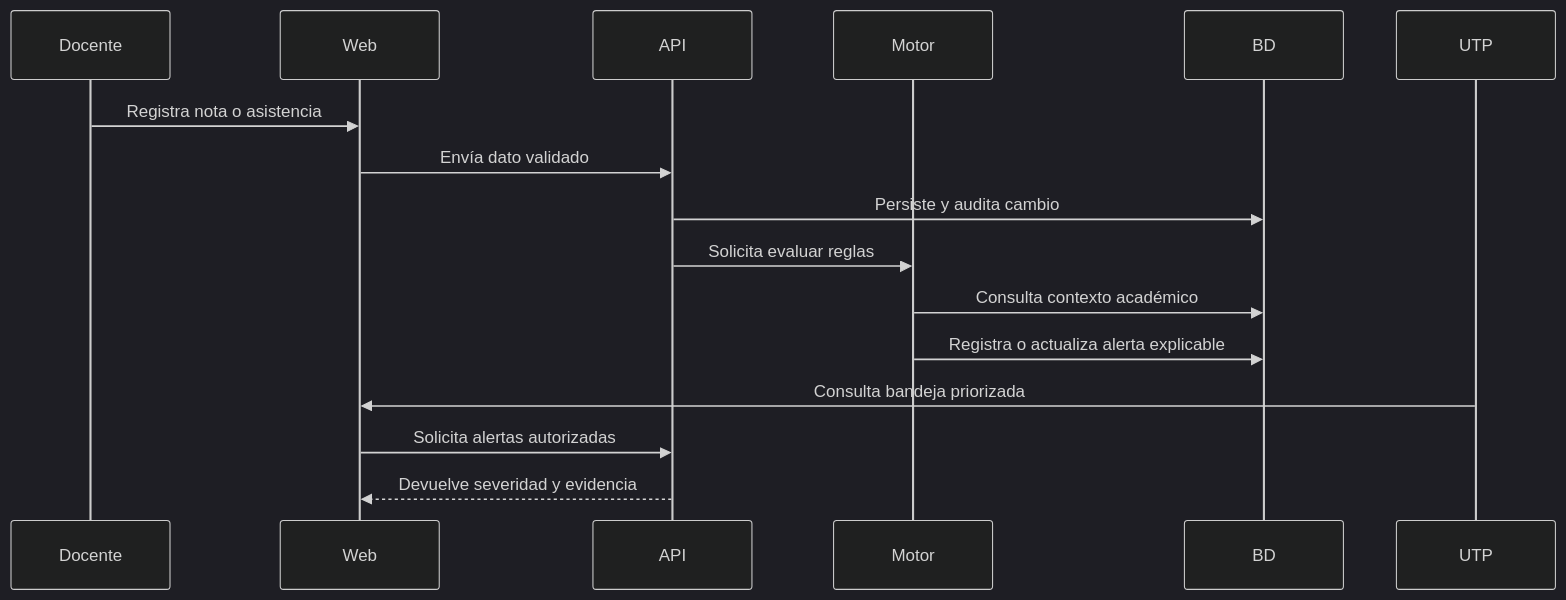
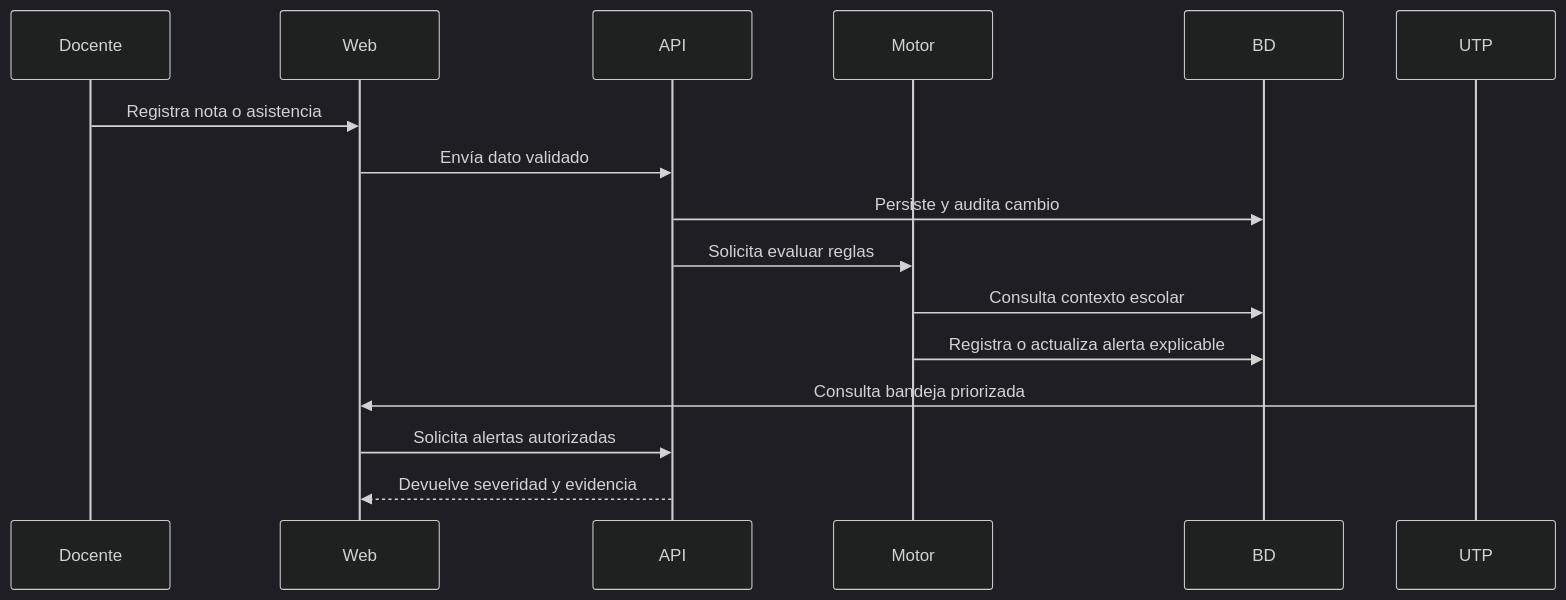
The third of 3 diagrams in SIGAA/docs/design/00-arquitectura-preliminar.md (joellopez775/Captsone), drawn with Mermaid (dark theme) before and after one commit. The commit also changed other lines of this file and 17 other files, not shown here.

````diff
--- a/SIGAA/docs/design/00-arquitectura-preliminar.md
+++ b/SIGAA/docs/design/00-arquitectura-preliminar.md
@@ -65,19 +67,19 @@
 ```mermaid
 sequenceDiagram
     participant Docente
     participant Web
     participant API
     participant Motor
     participant BD
     participant UTP
 
     Docente->>Web: Registra nota o asistencia
     Web->>API: Envía dato validado
     API->>BD: Persiste y audita cambio
     API->>Motor: Solicita evaluar reglas
-    Motor->>BD: Consulta contexto académico
+    Motor->>BD: Consulta contexto escolar
     Motor->>BD: Registra o actualiza alerta explicable
     UTP->>Web: Consulta bandeja priorizada
     Web->>API: Solicita alertas autorizadas
     API-->>Web: Devuelve severidad y evidencia
 ```
````
